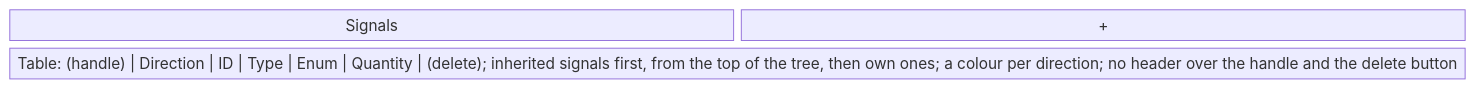
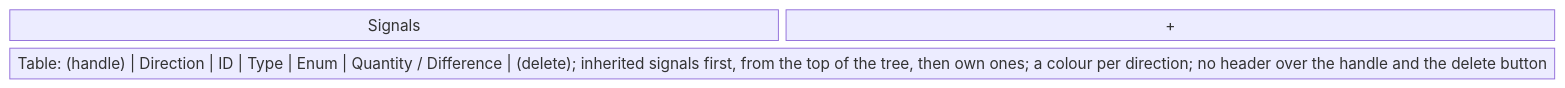
Before and after one commit to AlexandreGallais/synoptic-studio-spec: the fifth of 16 diagrams in screens/metadata.md, drawn with Mermaid. The commit also changed other lines of this file and 13 other files, not shown here.

````diff
--- a/screens/metadata.md
+++ b/screens/metadata.md
@@ -180,6 +181,6 @@
 ```mermaid
 block-beta
     columns 2
     title["Signals"] add["+"]
-    table["Table: (handle) | Direction | ID | Type | Enum | Quantity | (delete); inherited signals first, from the top of the tree, then own ones; a colour per direction; no header over the handle and the delete button"]:2
+    table["Table: (handle) | Direction | ID | Type | Enum | Quantity / Difference | (delete); inherited signals first, from the top of the tree, then own ones; a colour per direction; no header over the handle and the delete button"]:2
 ```
````
